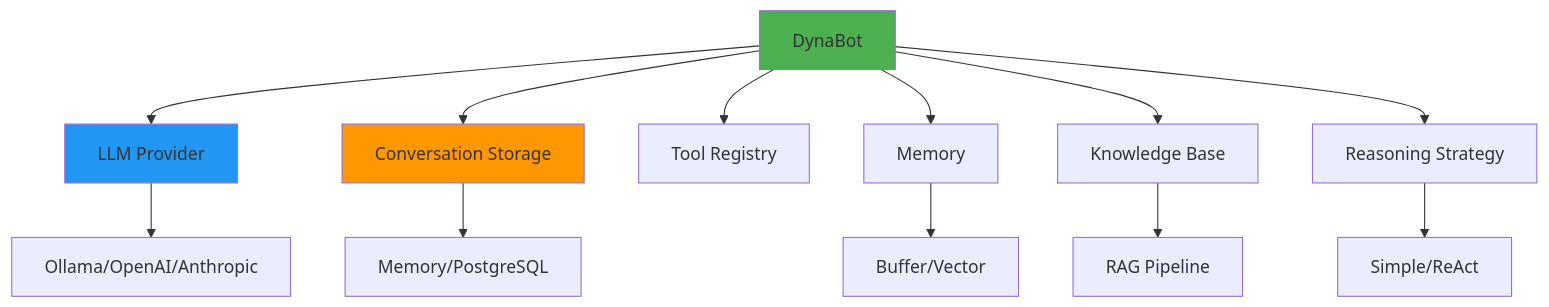
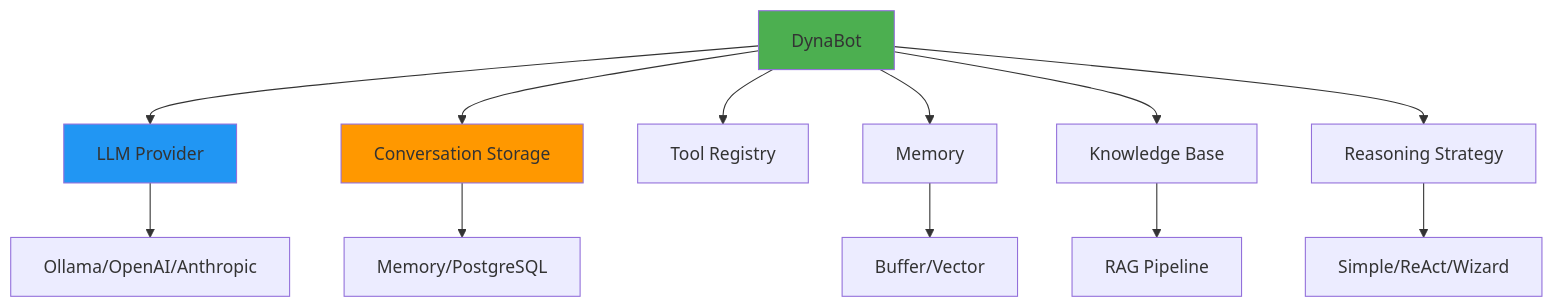
The diagram in docs/packages/bots/index.md (KBS-Labs/dataknobs), drawn with Mermaid before and after one commit. The commit also changed other lines of this file and 10 other files, not shown here.

````diff
--- a/docs/packages/bots/index.md
+++ b/docs/packages/bots/index.md
@@ -143,19 +144,19 @@
 ```mermaid
 graph TD
     A[DynaBot] --> B[LLM Provider]
     A --> C[Conversation Storage]
     A --> D[Tool Registry]
     A --> E[Memory]
     A --> F[Knowledge Base]
     A --> G[Reasoning Strategy]
 
     B --> H[Ollama/OpenAI/Anthropic]
     C --> I[Memory/PostgreSQL]
     E --> J[Buffer/Vector]
     F --> K[RAG Pipeline]
-    G --> L[Simple/ReAct]
+    G --> L[Simple/ReAct/Wizard]
 
     style A fill:#4CAF50
     style B fill:#2196F3
     style C fill:#FF9800
 ```
````
